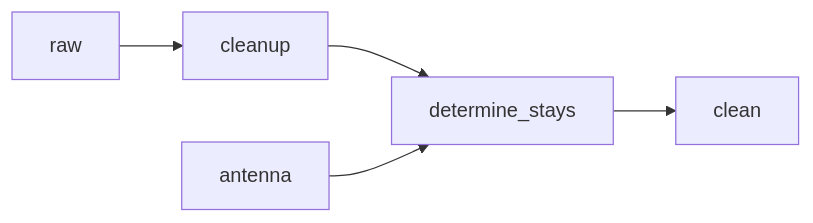
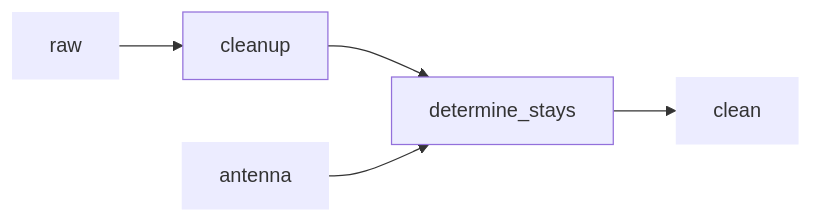
One commit to djvanderlaan/pipeline changed the diagram in README.md. Above: the diagram before and after it, drawn with Mermaid.

````diff
--- a/README.md
+++ b/README.md
@@ -4,5 +4,7 @@
 ```mermaid
 flowchart LR
-  raw --> cleanup --> determine_stays --> clean
-  antenna --> determine_stays
+  raw:::data --> cleanup --> determine_stays --> clean:::data
+  antenna:::data --> determine_stays
+
+classDef data stroke-width:0px
 ```
````
